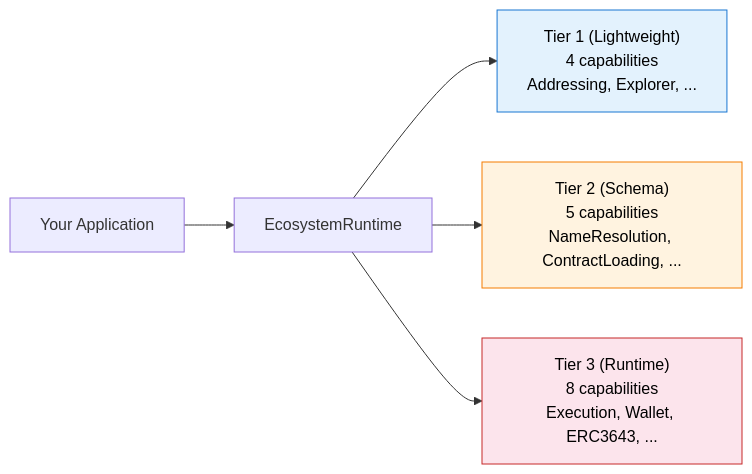
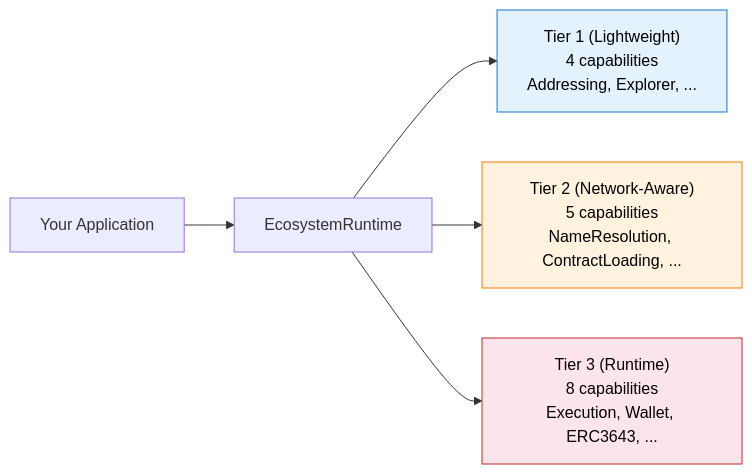
The diagram in content/ecosystem-adapters/index.mdx (OpenZeppelin/docs), drawn with Mermaid before and after one commit. The commit also changed 2 other files, not shown here.

Commit message:
Address Copilot review: Tier 2 wording and adapter matrix accuracy.
Relabel Tier 2 as Network-Aware, reconcile per-adapter counts with CapabilityFactoryMap checkmarks, and document Solana's 12/17 scaffolding factories.

````diff
--- a/content/ecosystem-adapters/index.mdx
+++ b/content/ecosystem-adapters/index.mdx
@@ -30,11 +30,11 @@
 ```mermaid
 flowchart LR
     App["Your Application"] --> Runtime["EcosystemRuntime"]
     Runtime --> T1["Tier 1 (Lightweight)\n4 capabilities\nAddressing, Explorer, ..."]
-    Runtime --> T2["Tier 2 (Schema)\n5 capabilities\nNameResolution, ContractLoading, ..."]
+    Runtime --> T2["Tier 2 (Network-Aware)\n5 capabilities\nNameResolution, ContractLoading, ..."]
     Runtime --> T3["Tier 3 (Runtime)\n8 capabilities\nExecution, Wallet, ERC3643, ..."]
 
     style T1 fill:#e3f2fd,stroke:#1976d2,color:#000
     style T2 fill:#fff3e0,stroke:#f57c00,color:#000
     style T3 fill:#fce4ec,stroke:#c62828,color:#000
 ```
````
